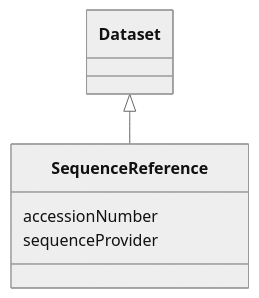
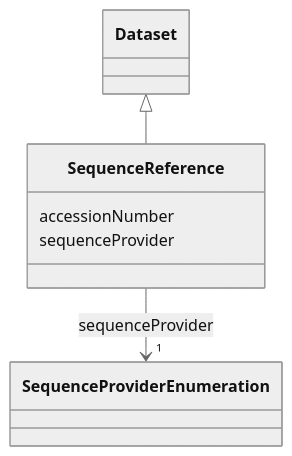
The diagram in models/docs/SequenceReference.md (EVORA-project/evora-ontology), drawn with Mermaid (neutral theme) before and after one commit. The commit also changed other lines of this file and 189 other files, not shown here.

````diff
--- a/models/docs/SequenceReference.md
+++ b/models/docs/SequenceReference.md
@@ -19,13 +19,20 @@
 ```mermaid
  classDiagram
     class SequenceReference
     click SequenceReference href "../SequenceReference"
       Dataset <|-- SequenceReference
         click Dataset href "../Dataset"
       
       SequenceReference : accessionNumber
         
       SequenceReference : sequenceProvider
         
+          
+    
+    
+    SequenceReference --> "1" SequenceProviderEnumeration : sequenceProvider
+    click SequenceProviderEnumeration href "../SequenceProviderEnumeration"
+
+        
       
 ```
````
